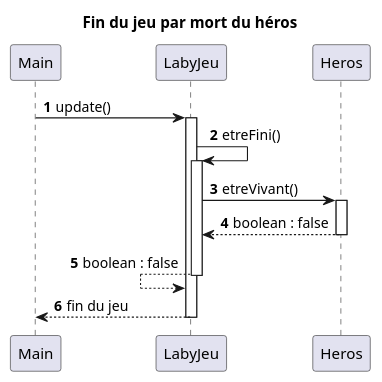
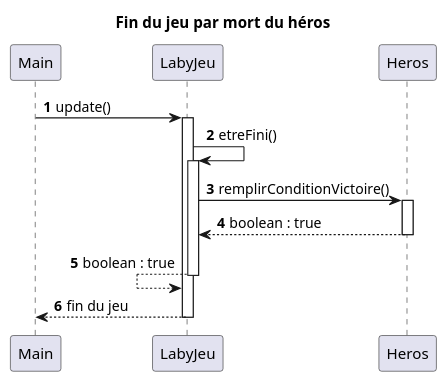
Before and after one commit to crochetremi/2025_Zeldiablo2_e20157u_e82008u_e89209u_e26078u: the diagram in documents/version_4/DS_MortDuHeros.puml, drawn with PlantUML. The commit also changed 7 other files, not shown here.

```diff
--- a/documents/version_4/DS_MortDuHeros.puml
+++ b/documents/version_4/DS_MortDuHeros.puml
@@ -1,24 +1,24 @@
 @startuml
 'https://plantuml.com/sequence-diagram
 title Fin du jeu par mort du héros
 autonumber
 
 Main -> LabyJeu : update()
 activate LabyJeu
 
 LabyJeu -> LabyJeu : etreFini()
 activate LabyJeu
 
-LabyJeu -> Heros : etreVivant()
+LabyJeu -> Heros : remplirConditionVictoire()
 activate Heros
-LabyJeu <-- Heros : boolean : false
+LabyJeu <-- Heros : boolean : true
 deactivate Heros
 
-LabyJeu <-- LabyJeu : boolean : false
+LabyJeu <-- LabyJeu : boolean : true
 deactivate LabyJeu
 
 Main <-- LabyJeu : fin du jeu
 
 deactivate LabyJeu
 
 @enduml
```
